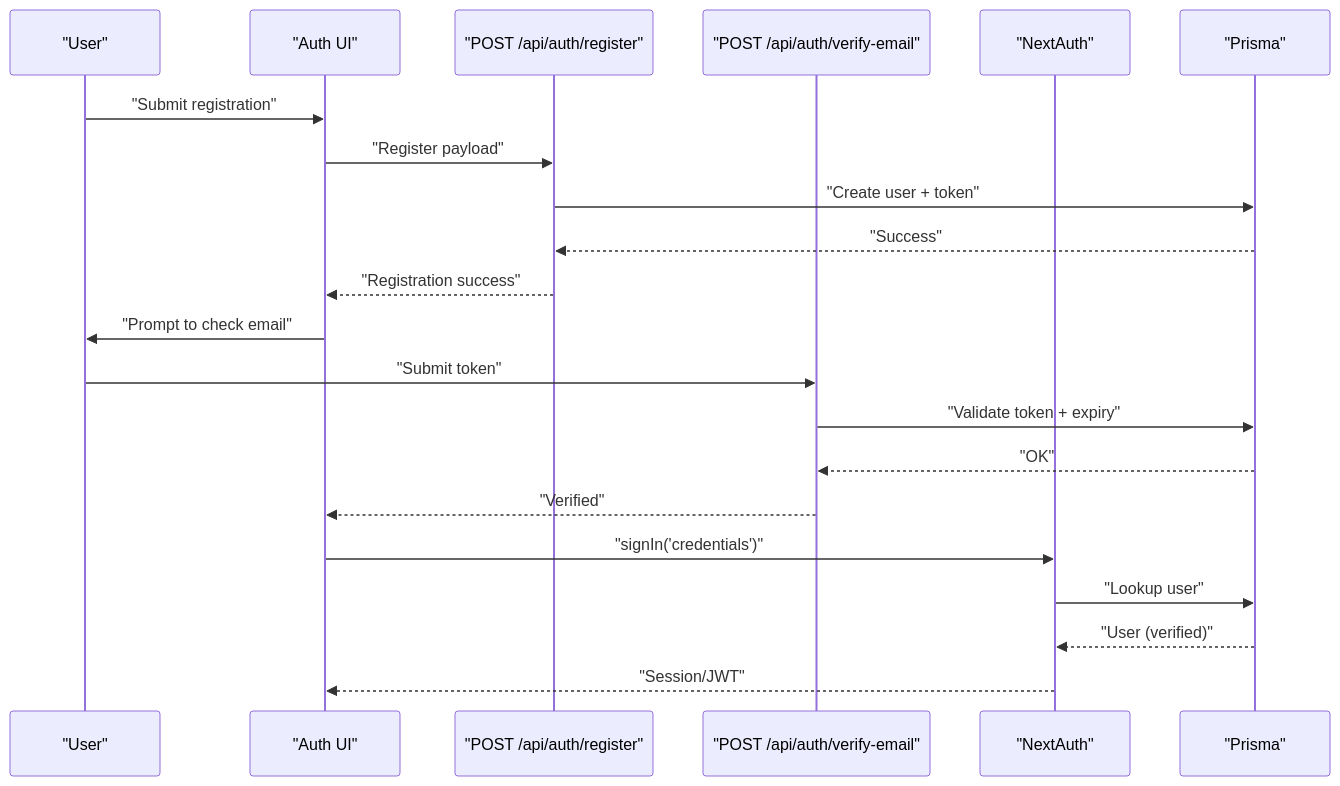
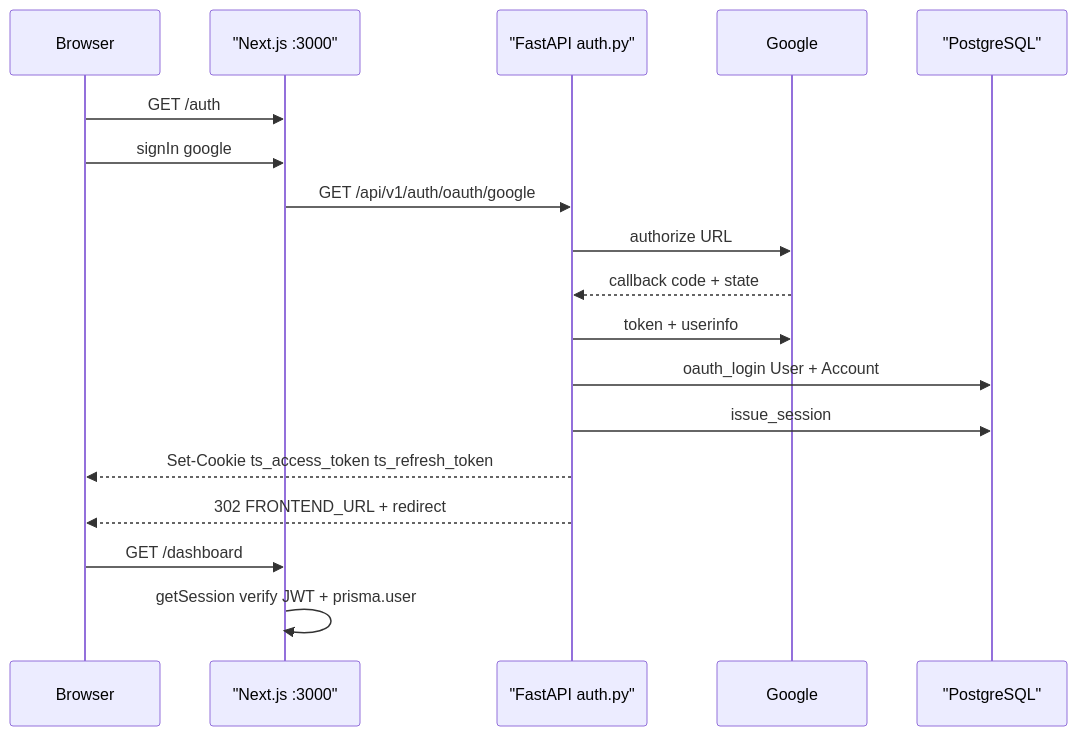
One commit to tashifkhan/tashif.codes changed the second of 3 diagrams in src/data/docs/talentsync/Authentication & Authorization.md. Above: the diagram before and after it, drawn with Mermaid. The commit also changed other lines of this file and 2128 other files, not shown here.

First line of the commit message:
docs: replace raster diagram images with native Mermaid across project guides

````diff
--- a/src/data/docs/talentsync/Authentication & Authorization.md
+++ b/src/data/docs/talentsync/Authentication & Authorization.md
@@ -190,23 +70,20 @@
 ```mermaid
 sequenceDiagram
-participant User as "User"
-participant UI as "Auth UI"
-participant API_Reg as "POST /api/auth/register"
-participant API_Ver as "POST /api/auth/verify-email"
-participant NextAuth as "NextAuth"
-participant DB as "Prisma"
-User->>UI : "Submit registration"
-UI->>API_Reg : "Register payload"
-API_Reg->>DB : "Create user + token"
-DB-->>API_Reg : "Success"
-API_Reg-->>UI : "Registration success"
-UI->>User : "Prompt to check email"
-User->>API_Ver : "Submit token"
-API_Ver->>DB : "Validate token + expiry"
-DB-->>API_Ver : "OK"
-API_Ver-->>UI : "Verified"
-UI->>NextAuth : "signIn('credentials')"
-NextAuth->>DB : "Lookup user"
-DB-->>NextAuth : "User (verified)"
-NextAuth-->>UI : "Session/JWT"
+participant Browser
+participant Next as "Next.js :3000"
+participant API as "FastAPI auth.py"
+participant Google
+participant DB as "PostgreSQL"
+Browser->>Next : GET /auth
+Browser->>Next : signIn google
+Next->>API : GET /api/v1/auth/oauth/google
+API->>Google : authorize URL
+Google-->>API : callback code + state
+API->>Google : token + userinfo
+API->>DB : oauth_login User + Account
+API->>DB : issue_session
+API-->>Browser : Set-Cookie ts_access_token ts_refresh_token
+API-->>Browser : 302 FRONTEND_URL + redirect
+Browser->>Next : GET /dashboard
+Next->>Next : getSession verify JWT + prisma.user
 ```
````
